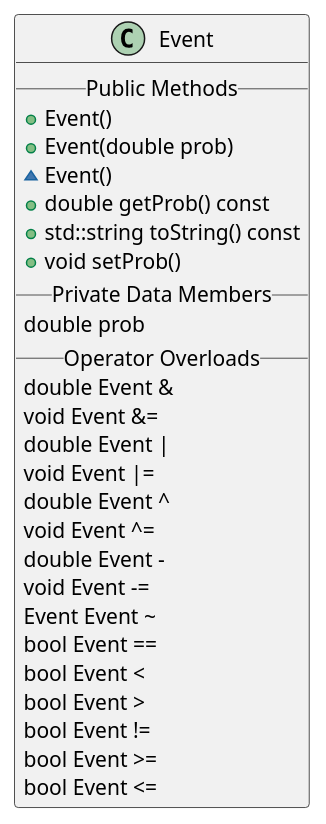
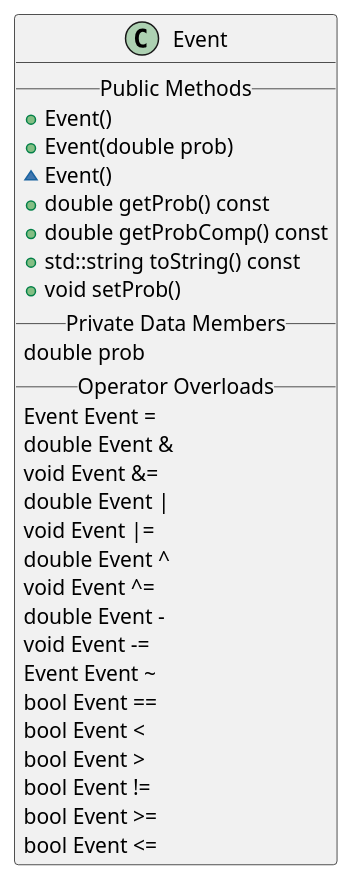
Before and after one commit to zacmcnulty123/CPP_grad_school: the diagram in probabilities/prob.wsd, drawn with PlantUML. The commit also changed 27 other files, not shown here.

```diff
--- a/probabilities/prob.wsd
+++ b/probabilities/prob.wsd
@@ -1,30 +1,32 @@
 @startuml
 class Event {
   __Public Methods__
   +Event()
   +Event(double prob)
   ~Event()
   +double getProb() const
+  +double getProbComp() const
   +std::string toString() const
   +void setProb()
   __Private Data Members__
   double prob
   __Operator Overloads__
+  Event Event =
   double Event &
   void Event &=
   double Event |
   void Event |=
   double Event ^
   void Event ^=
   double Event -
   void Event -=
   Event Event ~
   bool Event ==
   bool Event <
   bool Event >
   bool Event !=
   bool Event >=
   bool Event <=
 }
 
 @enduml
```
